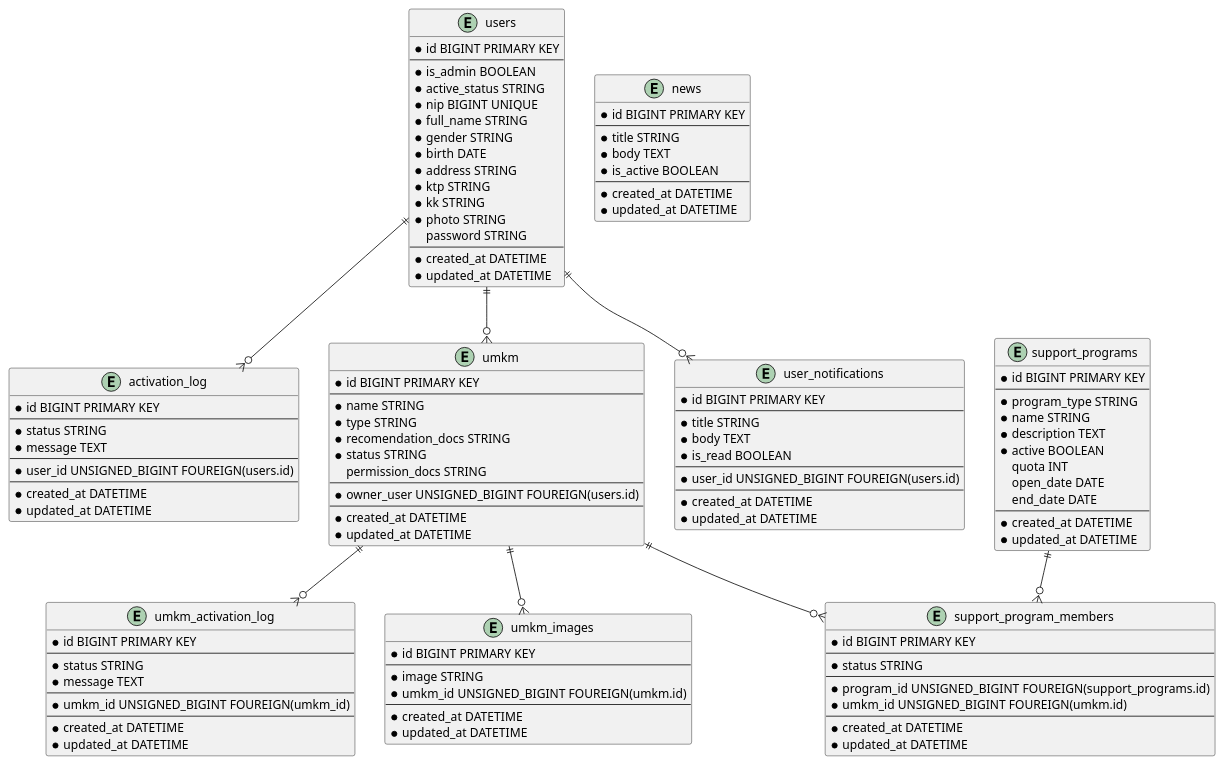
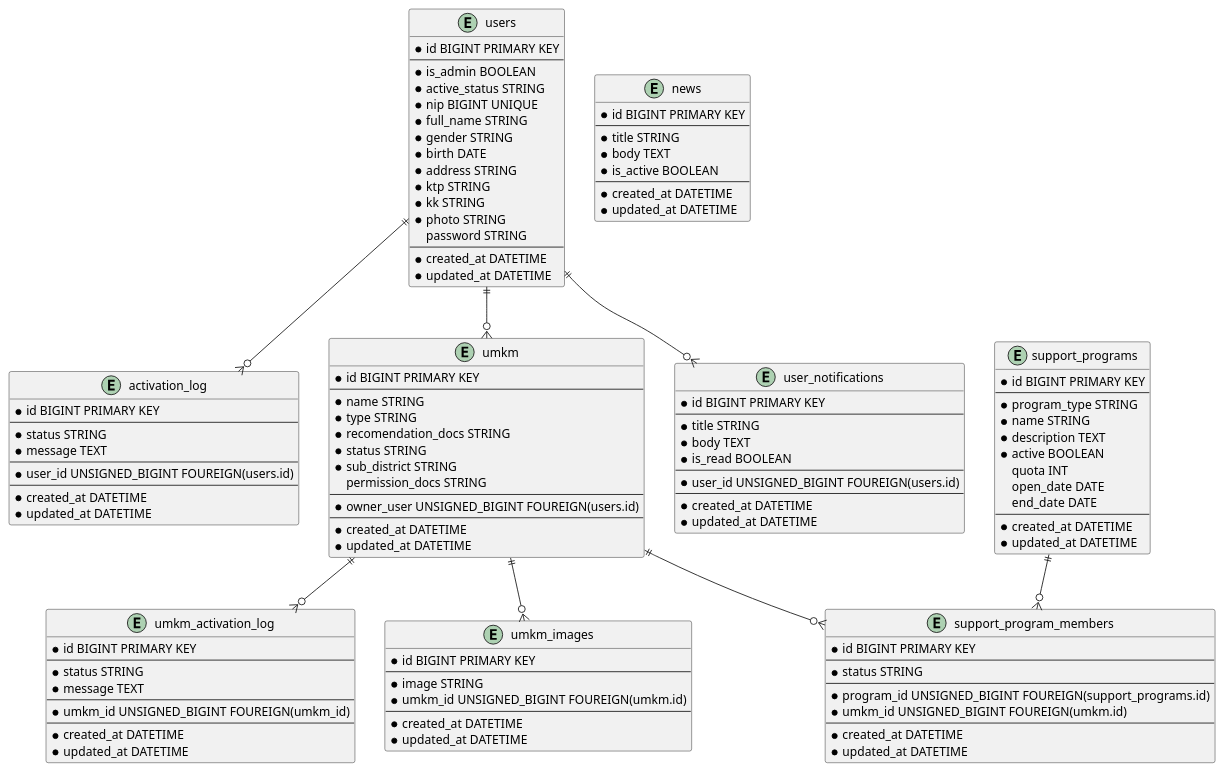
Before and after one commit to vithiaz/umkm_registration: the diagram in diagrams/db_design.puml, drawn with PlantUML. The commit also changed 52 other files, not shown here.

Commit message:
update export and chart feature

```diff
--- a/diagrams/db_design.puml
+++ b/diagrams/db_design.puml
@@ -1,150 +1,151 @@
 @startuml
 
 entity users {
     * id BIGINT PRIMARY KEY
     --
     * is_admin BOOLEAN
     * active_status STRING
     ' active
     ' pending
     * nip BIGINT UNIQUE
     * full_name STRING
     * gender STRING
     * birth DATE
     * address STRING
     * ktp STRING
     * kk STRING
     * photo STRING
     password STRING
     --
     * created_at DATETIME
     * updated_at DATETIME
 }
 
 entity activation_log {
     * id BIGINT PRIMARY KEY
     --
     * status STRING
     ' acc
     ' rejected
     ' revoked
     * message TEXT
     --
     * user_id UNSIGNED_BIGINT FOUREIGN(users.id)
     --
     * created_at DATETIME
     * updated_at DATETIME
 }
 
 entity umkm {
     * id BIGINT PRIMARY KEY
     --
     * name STRING
     * type STRING
     ' koperasi
     ' umkm
     * recomendation_docs STRING
     * status STRING
     ' verified
     ' pending
     ' rejected
+    * sub_district STRING
     permission_docs STRING
     --
     * owner_user UNSIGNED_BIGINT FOUREIGN(users.id)
     --
     * created_at DATETIME
     * updated_at DATETIME
 }
 
 entity umkm_activation_log {
     * id BIGINT PRIMARY KEY
     --
     * status STRING
     ' acc
     ' rejected
     ' revoked
     * message TEXT
     --
     * umkm_id UNSIGNED_BIGINT FOUREIGN(umkm_id)
     --
     * created_at DATETIME
     * updated_at DATETIME
 }
 
 entity umkm_images{
     * id BIGINT PRIMARY KEY
     --
     * image STRING
     * umkm_id UNSIGNED_BIGINT FOUREIGN(umkm.id)
     --
     * created_at DATETIME
     * updated_at DATETIME
 }
 
 entity support_programs {
     * id BIGINT PRIMARY KEY
     --
     * program_type STRING
     * name STRING
     * description TEXT
     * active BOOLEAN
     quota INT
     open_date DATE
     end_date DATE
     --
     * created_at DATETIME
     * updated_at DATETIME
 }
 
 entity support_program_members {
     * id BIGINT PRIMARY KEY
     --
     * status STRING
     ' pending
     ' verified
     --
     * program_id UNSIGNED_BIGINT FOUREIGN(support_programs.id)
     * umkm_id UNSIGNED_BIGINT FOUREIGN(umkm.id)
     --
     * created_at DATETIME
     * updated_at DATETIME
 }
 
 entity user_notifications {
     * id BIGINT PRIMARY KEY
     --
     * title STRING
     * body TEXT
     * is_read BOOLEAN
     --
     * user_id UNSIGNED_BIGINT FOUREIGN(users.id)
     --
     * created_at DATETIME
     * updated_at DATETIME
 }
 
 entity news {
     * id BIGINT PRIMARY KEY
     --
     * title STRING
     * body TEXT
     * is_active BOOLEAN
     --
     * created_at DATETIME
     * updated_at DATETIME
 }
 
 
 
 
 users ||--o{ user_notifications
 users ||--o{ umkm
 users ||--o{ activation_log
 
 support_programs ||--o{ support_program_members
 umkm ||--o{ support_program_members
 
 umkm ||--o{ umkm_images
 umkm ||--o{ umkm_activation_log
 
 @enduml
```
